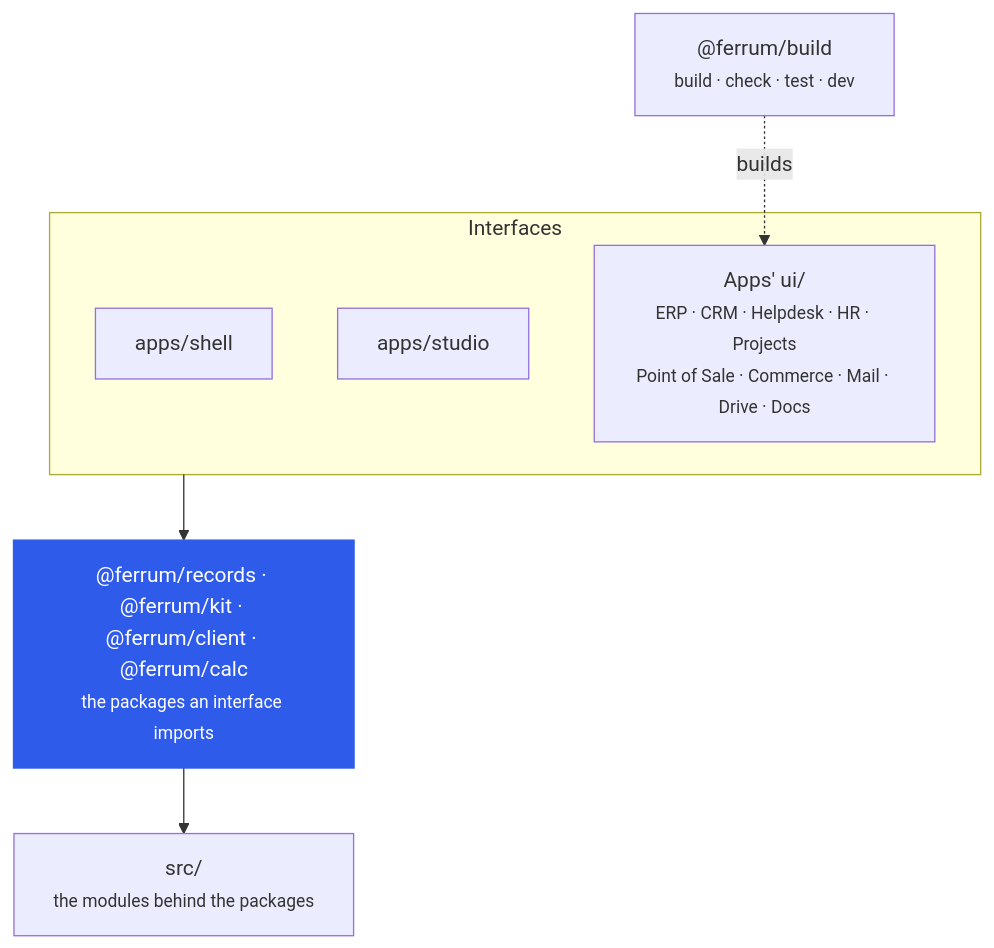
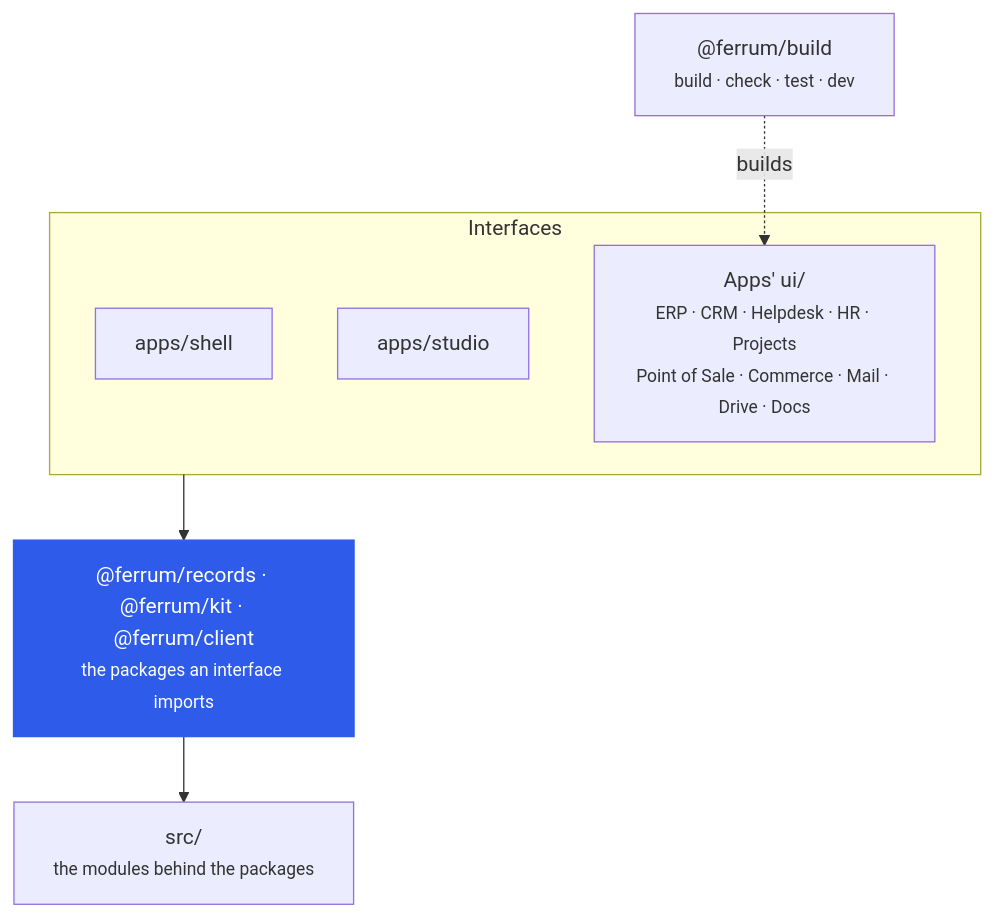
The second of 2 diagrams in README.md (CBFerrum/Ferrum-Frontend), drawn with Mermaid before and after one commit. The commit also changed other lines of this file and 8 other files, not shown here.

First line of the commit message:
Remove @ferrum/calc and its committed wasm

````diff
--- a/README.md
+++ b/README.md
@@ -166,15 +165,15 @@
 ```mermaid
 flowchart TB
     BUILD["@ferrum/build<br/><small>build · check · test · dev</small>"]
     subgraph IF["Interfaces"]
         SHELL["apps/shell"]
         STUDIO["apps/studio"]
         APPS["Apps' ui/<br/><small>ERP · CRM · Helpdesk · HR · Projects<br/>Point of Sale · Commerce · Mail · Drive · Docs</small>"]
     end
-    PK["@ferrum/records · @ferrum/kit · @ferrum/client · @ferrum/calc<br/><small>the packages an interface imports</small>"]
+    PK["@ferrum/records · @ferrum/kit · @ferrum/client<br/><small>the packages an interface imports</small>"]
     SRC["src/<br/><small>the modules behind the packages</small>"]
     BUILD -.->|builds| APPS
     IF --> PK --> SRC
     classDef pkg fill:#2f5bea,color:#fff,stroke:#2f5bea
     class PK pkg
 ```
````
